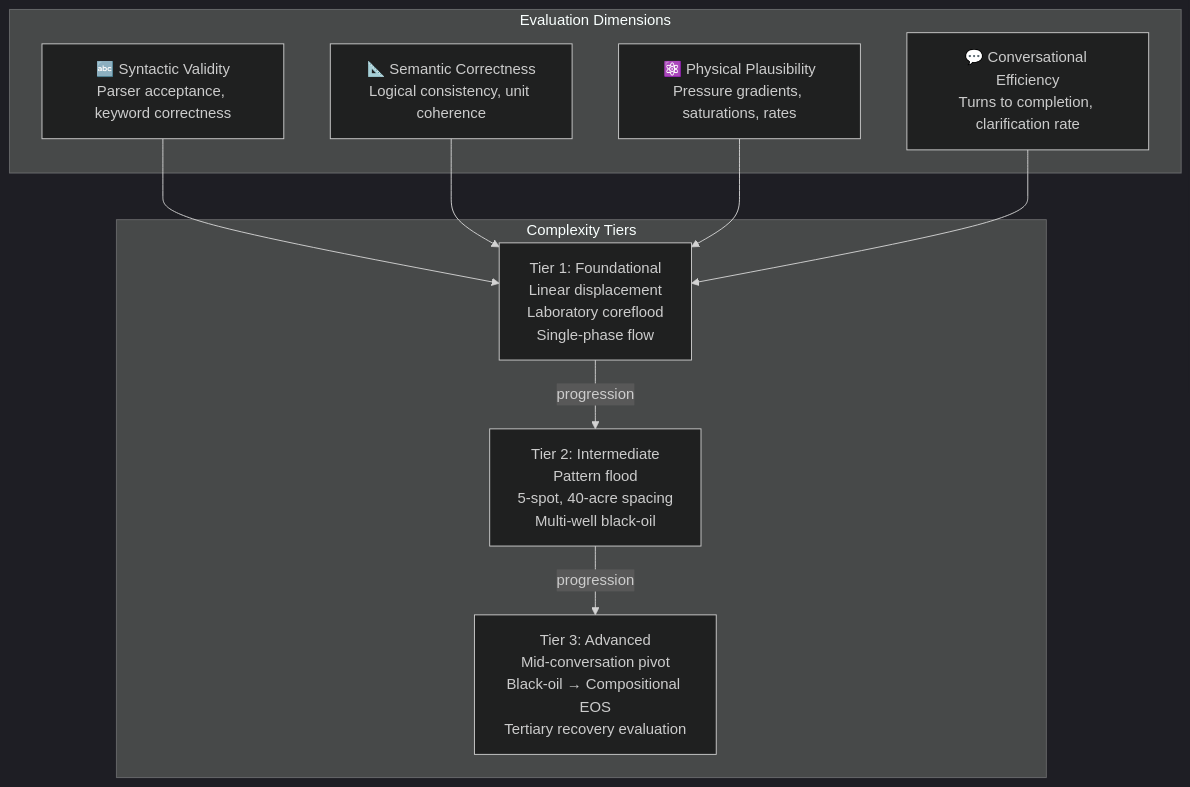
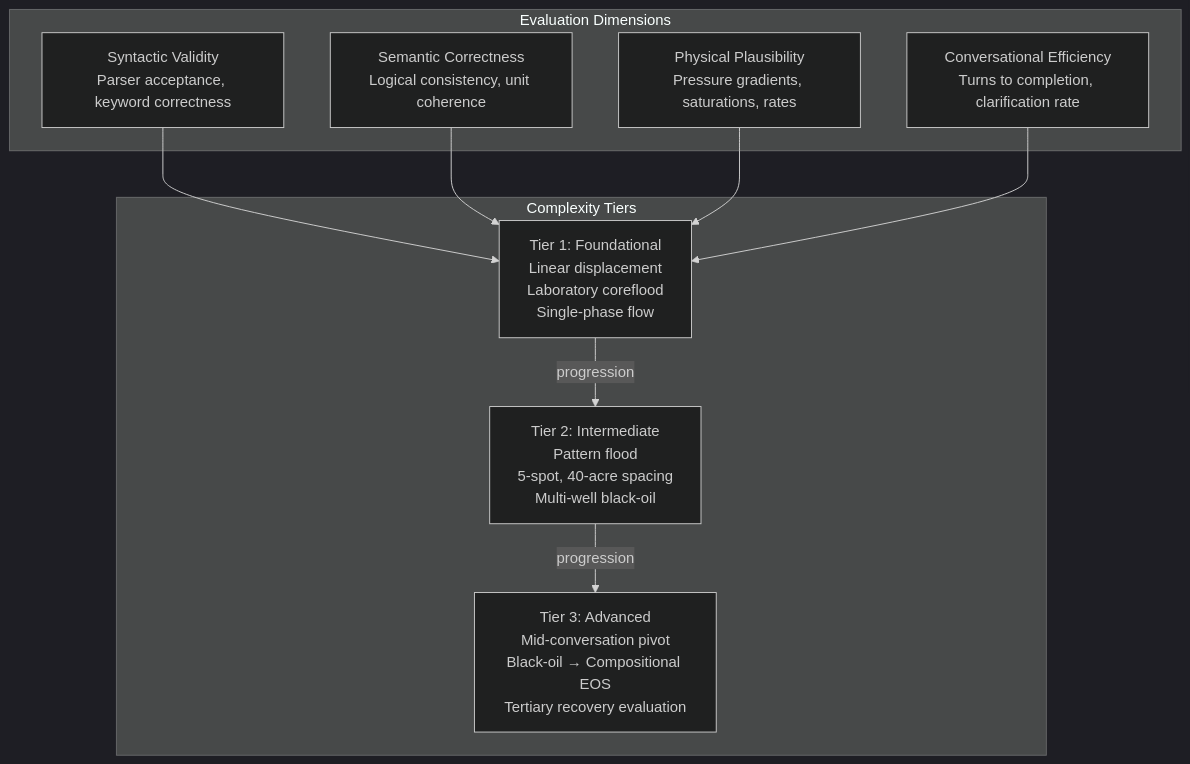
One commit to wolfram-laube/clarissa changed the fourth of 6 diagrams in conference/spe-europe-2026/sources/wolfram/abstract-merged.md. Above: the diagram before and after it, drawn with Mermaid (dark theme). The commit also changed other lines of this file, not shown here.

Commit message:
fix: remove emojis from diagrams, simplify architecture diagram

````diff
--- a/conference/spe-europe-2026/sources/wolfram/abstract-merged.md
+++ b/conference/spe-europe-2026/sources/wolfram/abstract-merged.md
@@ -192,23 +147,23 @@
 ```mermaid
 flowchart TB
     subgraph DIMS["Evaluation Dimensions"]
-        D1[🔤 Syntactic Validity<br/>Parser acceptance, keyword correctness]
-        D2[📐 Semantic Correctness<br/>Logical consistency, unit coherence]
-        D3[⚛️ Physical Plausibility<br/>Pressure gradients, saturations, rates]
-        D4[💬 Conversational Efficiency<br/>Turns to completion, clarification rate]
+        D1[Syntactic Validity<br/>Parser acceptance, keyword correctness]
+        D2[Semantic Correctness<br/>Logical consistency, unit coherence]
+        D3[Physical Plausibility<br/>Pressure gradients, saturations, rates]
+        D4[Conversational Efficiency<br/>Turns to completion, clarification rate]
     end
 
     subgraph TIERS["Complexity Tiers"]
         T1[Tier 1: Foundational<br/>Linear displacement<br/>Laboratory coreflood<br/>Single-phase flow]
         T2[Tier 2: Intermediate<br/>Pattern flood<br/>5-spot, 40-acre spacing<br/>Multi-well black-oil]
         T3[Tier 3: Advanced<br/>Mid-conversation pivot<br/>Black-oil → Compositional EOS<br/>Tertiary recovery evaluation]
     end
 
     D1 --> T1
     D2 --> T1
     D3 --> T1
     D4 --> T1
     
     T1 -->|progression| T2
     T2 -->|progression| T3
 ```
````
